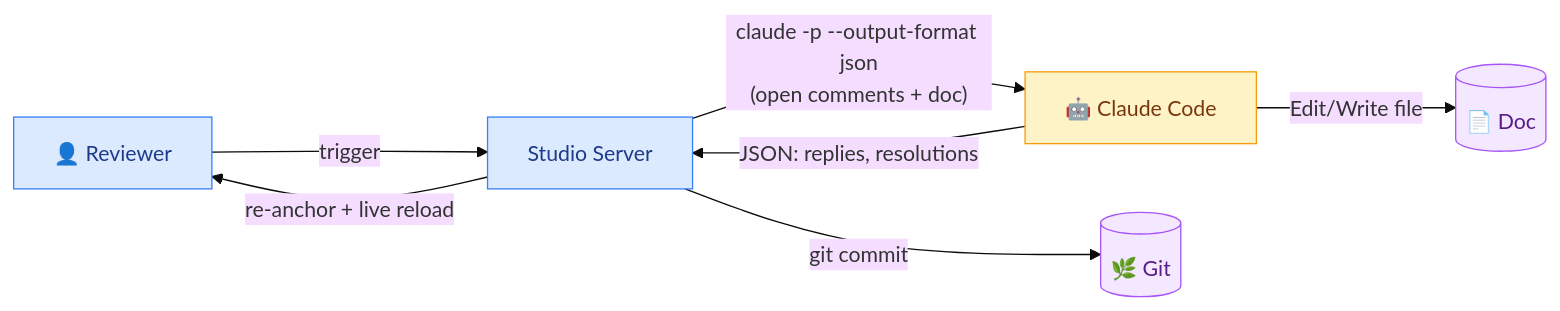
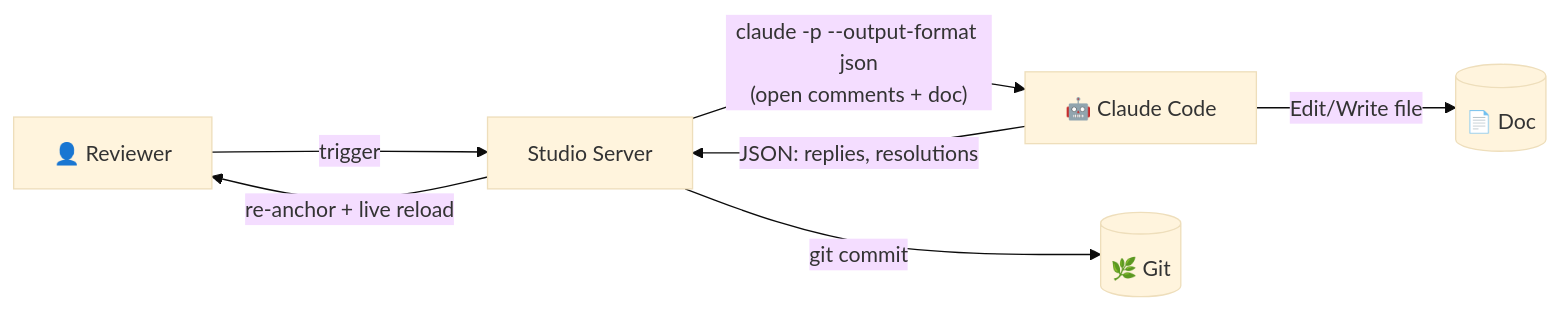
One commit to omars-lab/omars-lab.github.io changed the fifth of 15 diagrams in bytesofpurpose-blog/designs/2026-06-22-markdown-review-studio.mdx. Above: the diagram before and after it, drawn with Mermaid (base theme). The commit also changed other lines of this file and 6 other files, not shown here.

First line of the commit message:
feat(designs): on-brand mermaid theme + dark-mode-adaptive diagrams

````diff
--- a/bytesofpurpose-blog/designs/2026-06-22-markdown-review-studio.mdx
+++ b/bytesofpurpose-blog/designs/2026-06-22-markdown-review-studio.mdx
@@ -425,16 +397,10 @@
 ```mermaid
 graph LR
     U["👤 Reviewer"] -->|"trigger"| S["Studio Server"]
     S -->|"claude -p --output-format json<br/>(open comments + doc)"| CC["🤖 Claude Code"]
     CC -->|"Edit/Write file"| FS[("📄 Doc")]
     CC -->|"JSON: replies, resolutions"| S
     S -->|"git commit"| G[("🌿 Git")]
     S -->|"re-anchor + live reload"| U
 
-    classDef u fill:#dbeafe,stroke:#3b82f6,color:#1e3a8a
-    classDef agent fill:#fef3c7,stroke:#f59e0b,color:#78350f
-    classDef store fill:#f3e8ff,stroke:#a855f7,color:#581c87
-    class U,S u
-    class CC agent
-    class FS,G store
 ```
````
